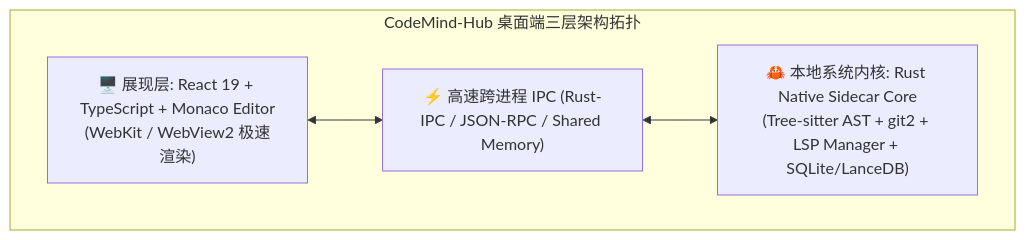
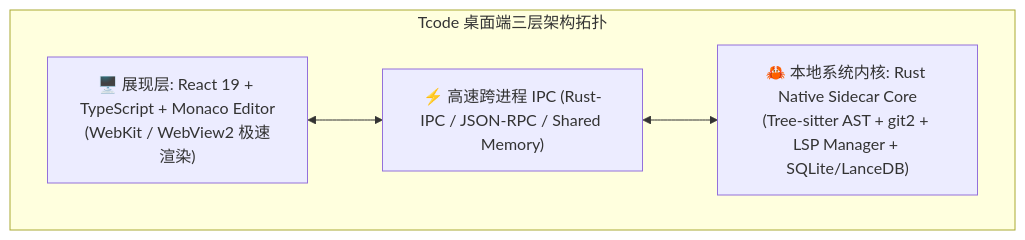
The first of 3 diagrams in docs/technical_reviews/TECH_STACK_SELECTION_ADR.md (zhangqi77ok-sys/GitWorklog), drawn with Mermaid before and after one commit. The commit also changed other lines of this file and 20 other files, not shown here.

Commit message:
chore(branding): rename all kernel/code engine references from CodeMind-Hub to Tcode

````diff
--- a/docs/technical_reviews/TECH_STACK_SELECTION_ADR.md
+++ b/docs/technical_reviews/TECH_STACK_SELECTION_ADR.md
@@ -17,9 +17,9 @@
 ```mermaid
 graph TD
-    subgraph "CodeMind-Hub 桌面端三层架构拓扑"
+    subgraph "Tcode 桌面端三层架构拓扑"
         UI["🖥️ 展现层: React 19 + TypeScript + Monaco Editor<br/>(WebKit / WebView2 极速渲染)"]
         IPC["⚡ 高速跨进程 IPC (Rust-IPC / JSON-RPC / Shared Memory)"]
         CORE["🦀 本地系统内核: Rust Native Sidecar Core<br/>(Tree-sitter AST + git2 + LSP Manager + SQLite/LanceDB)"]
     end
     UI <--> IPC <--> CORE
 ```
````
